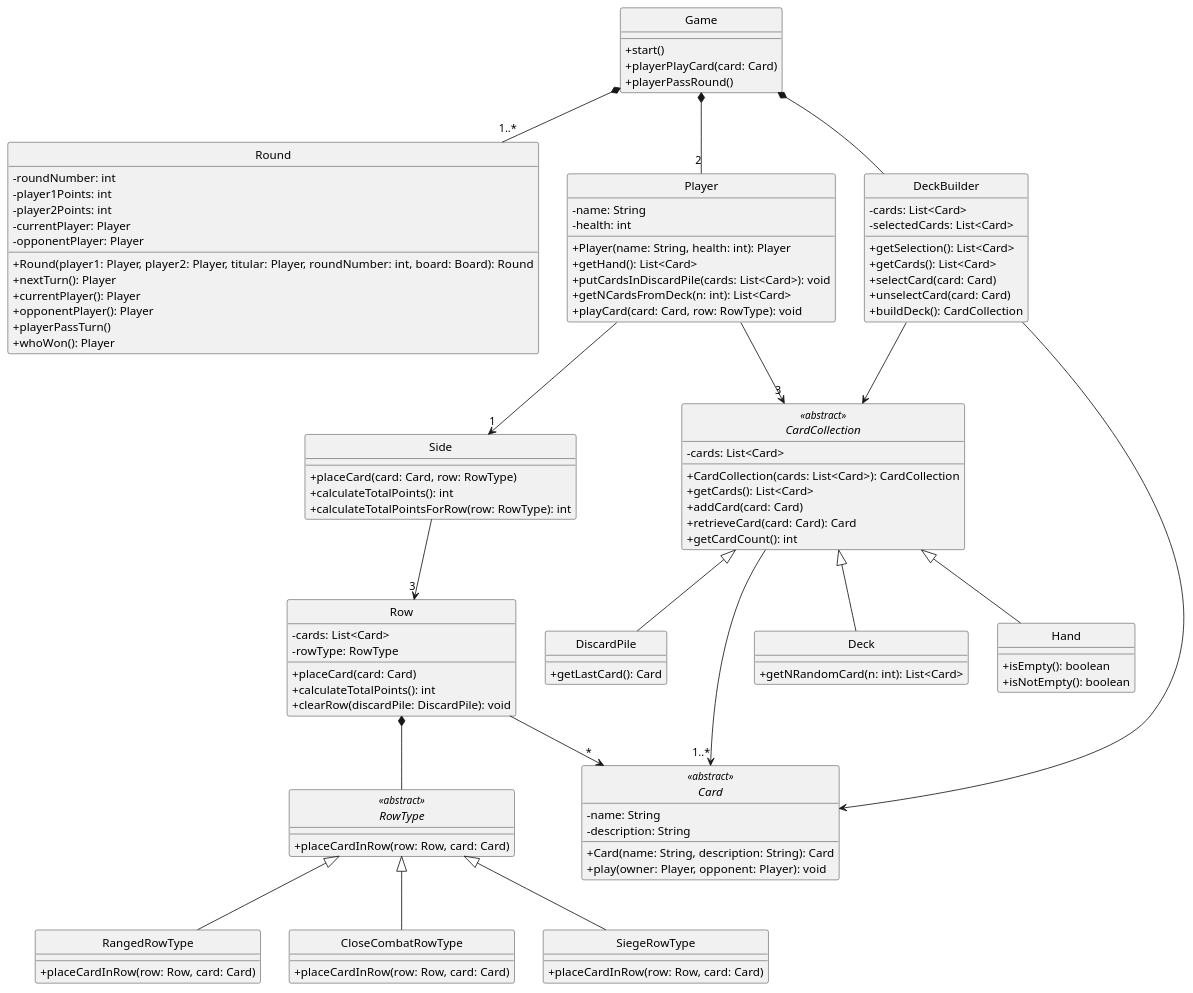
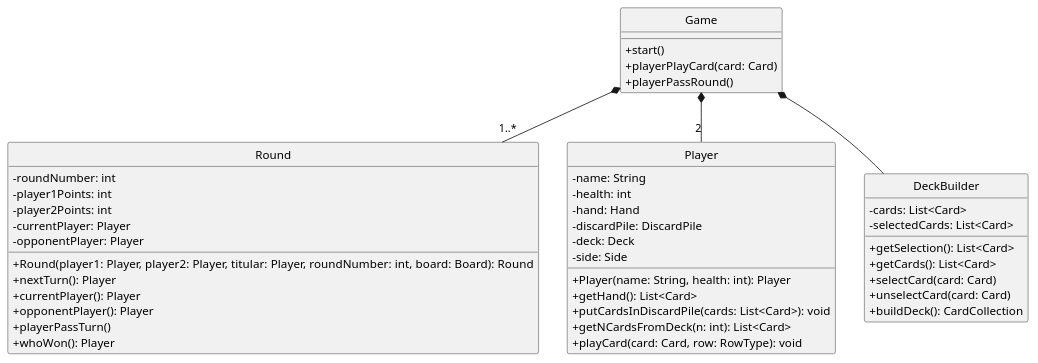
Before and after one commit to Yonhir/algo3_proyecto_base_tp2: the diagram in diagrams/classes/game.plantuml, drawn with PlantUML. The commit also changed 1 other file, not shown here.

Commit message:
diagrama de la clase Game y sus clases relacionadas

```diff
--- a/diagrams/classes/game.plantuml
+++ b/diagrams/classes/game.plantuml
@@ -1,135 +1,62 @@
 @startuml
 
 skinparam monochrome true
 hide circle
 skinparam classAttributeIconSize 0
 
 ' =====================
 ' GAME
 ' =====================
 class Game {
   +start()
   +playerPlayCard(card: Card)
   +playerPassRound()
 }
 
 class Round {
   -roundNumber: int
   -player1Points: int
   -player2Points: int
   -currentPlayer: Player
   -opponentPlayer: Player
   +Round(player1: Player, player2: Player, titular: Player, roundNumber: int, board: Board): Round
   +nextTurn(): Player
   +currentPlayer(): Player
   +opponentPlayer(): Player
   +playerPassTurn()
   +whoWon(): Player
 }
 
 class Player {
   -name: String
   -health: int
+  -hand: Hand
+  -discardPile: DiscardPile
+  -deck: Deck
+  -side: Side
   +Player(name: String, health: int): Player
   +getHand(): List<Card>
   +putCardsInDiscardPile(cards: List<Card>): void
   +getNCardsFromDeck(n: int): List<Card>
   +playCard(card: Card, row: RowType): void
-}
-
-class Deck {
-  +getNRandomCard(n: int): List<Card>
 }
 
 class DeckBuilder {
   -cards: List<Card>
   -selectedCards: List<Card>
   +getSelection(): List<Card>
   +getCards(): List<Card>
   +selectCard(card: Card)
   +unselectCard(card: Card)
   +buildDeck(): CardCollection
 }
 
-abstract class CardCollection <<abstract>> {
-  -cards: List<Card>
-  +CardCollection(cards: List<Card>): CardCollection
-  +getCards(): List<Card>
-  +addCard(card: Card)
-  +retrieveCard(card: Card): Card
-  +getCardCount(): int
-}
-
-class Hand {
-  +isEmpty(): boolean
-  +isNotEmpty(): boolean
-}
-
-class DiscardPile {
-  +getLastCard(): Card
-}
-
-abstract class Card <<abstract>> {
-  -name: String
-  -description: String
-  +Card(name: String, description: String): Card
-  +play(owner: Player, opponent: Player): void
-}
-
-class Side {
-  +placeCard(card: Card, row: RowType)
-  +calculateTotalPoints(): int
-  +calculateTotalPointsForRow(row: RowType): int
-}
-
-abstract class RowType <<abstract>> {
-  +placeCardInRow(row: Row, card: Card)
-}
-
-class RangedRowType extends RowType {
-  +placeCardInRow(row: Row, card: Card)
-}
-
-class CloseCombatRowType extends RowType {
-  +placeCardInRow(row: Row, card: Card)
-}
-
-class SiegeRowType extends RowType {
-  +placeCardInRow(row: Row, card: Card)
-}
-
-class Row {
-  -cards: List<Card>
-  -rowType: RowType
-  +placeCard(card: Card)
-  +calculateTotalPoints(): int
-  +clearRow(discardPile: DiscardPile): void
-}
-
 ' =====================
 ' RELATIONSHIPS
 ' =====================
 
 Game *-- "1..*" Round
 Game *-- "2" Player
 Game *-- DeckBuilder
 
-DeckBuilder --> Card
-DeckBuilder --> CardCollection
-
-CardCollection --> "1..*" Card
-
-CardCollection <|-- Hand
-CardCollection <|-- DiscardPile
-CardCollection <|-- Deck
-
-Player --> "3" CardCollection
-
-Player --> "1" Side
-
-Side --> "3" Row
-
-Row *-- RowType
-Row --> "*" Card
-
 @enduml
```
